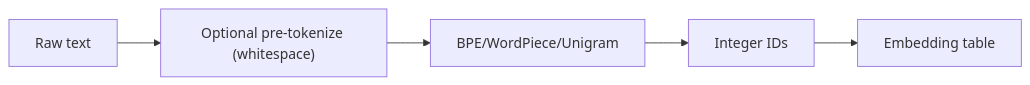
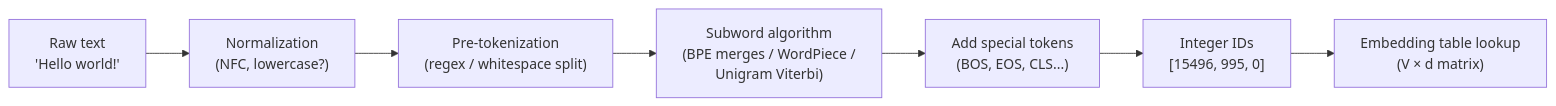
The first of 3 diagrams in roadmap/phase-3-nlp-llm/01-tokenization.md (ABHIRAM3007/itp), drawn with Mermaid before and after one commit. The commit also changed other lines of this file and 19 other files, not shown here.

````diff
--- a/roadmap/phase-3-nlp-llm/01-tokenization.md
+++ b/roadmap/phase-3-nlp-llm/01-tokenization.md
@@ -64,5 +127,9 @@
 ```mermaid
 flowchart LR
-    T["Raw text"] --> P["Optional pre-tokenize (whitespace)"] --> B["BPE/WordPiece/Unigram"] --> I["Integer IDs"]
-    I --> M["Embedding table"]
+    T["Raw text<br/>'Hello world!'"] --> N["Normalization<br/>(NFC, lowercase?)"]
+    N --> P["Pre-tokenization<br/>(regex / whitespace split)"]
+    P --> A["Subword algorithm<br/>(BPE merges / WordPiece /<br/>Unigram Viterbi)"]
+    A --> S["Add special tokens<br/>(BOS, EOS, CLS...)"]
+    S --> I["Integer IDs<br/>[15496, 995, 0]"]
+    I --> E["Embedding table lookup<br/>(V × d matrix)"]
 ```
````
